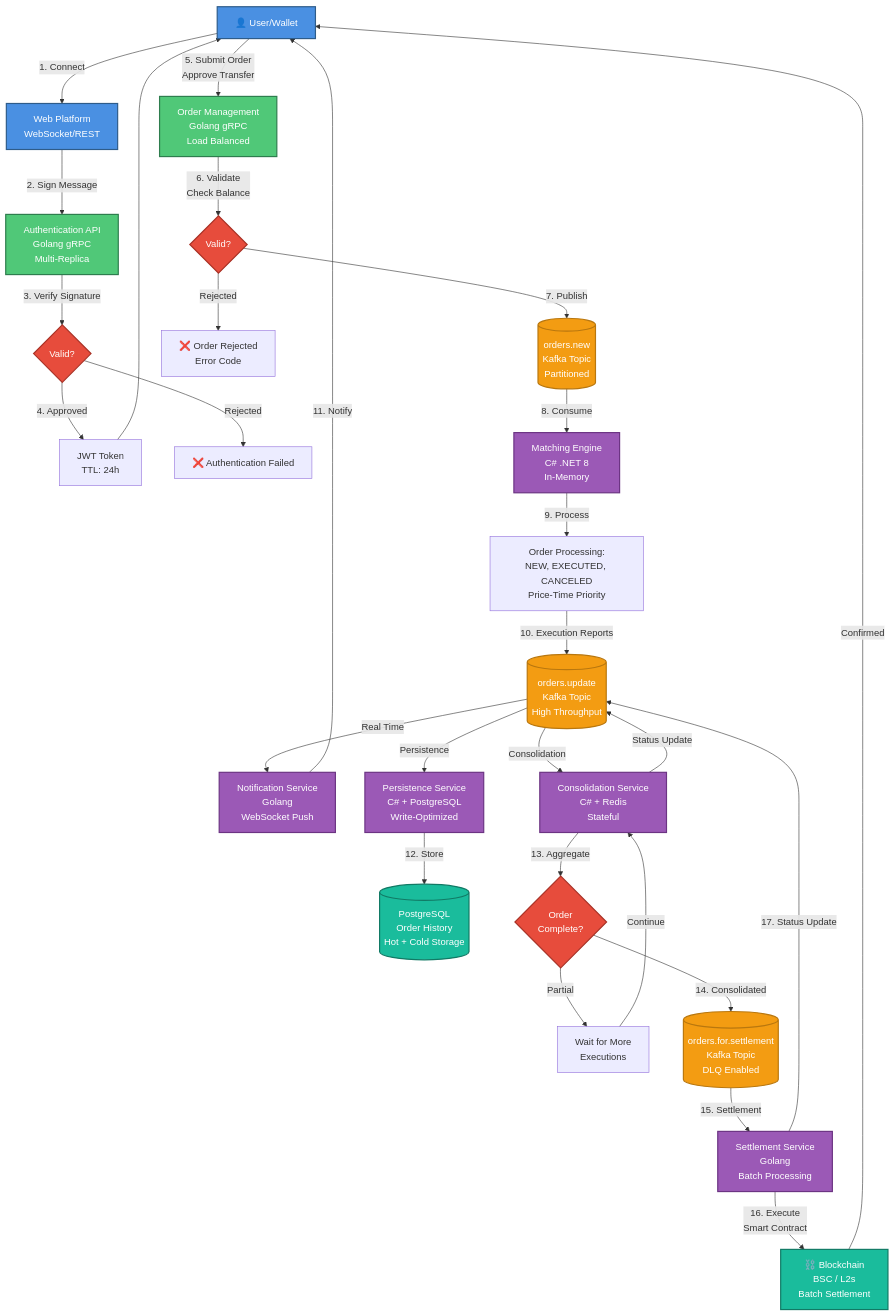
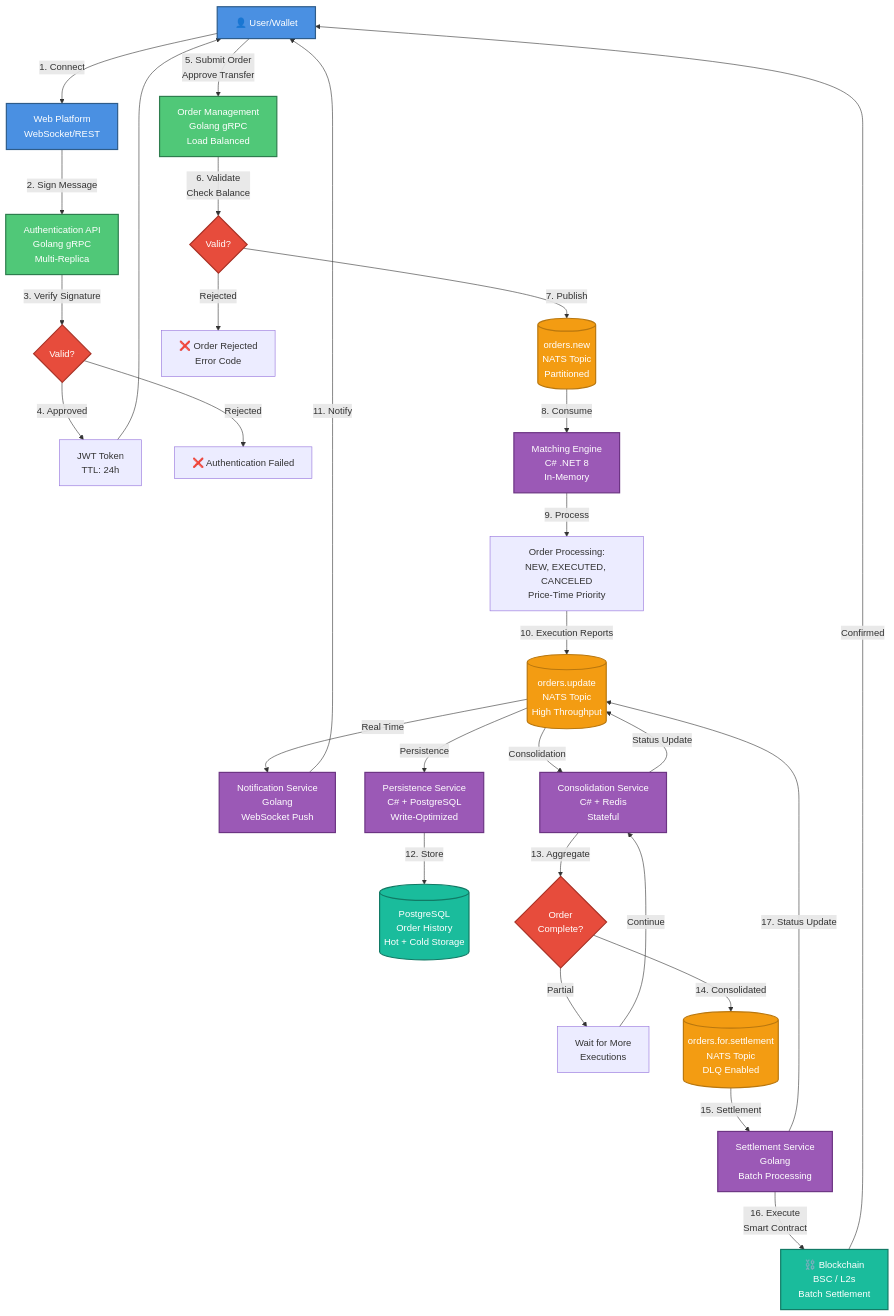
One commit to Hy-mple/hymple.docs changed the diagram in architecture/order-flow-architecture.md. Above: the diagram before and after it, drawn with Mermaid. The commit also changed other lines of this file and 7 other files, not shown here.

````diff
--- a/architecture/order-flow-architecture.md
+++ b/architecture/order-flow-architecture.md
@@ -16,65 +16,65 @@
 ```mermaid
 flowchart TD
     %% User Layer
     User[👤 User/Wallet] -->|1. Connect| Platform[Web Platform<br/>WebSocket/REST]
     Platform -->|2. Sign Message| Auth[Authentication API<br/>Golang gRPC<br/>Multi-Replica]
     
     %% Authentication Flow
     Auth -->|3. Verify Signature| AuthDecision{Valid?}
     AuthDecision -->|4. Approved| Token[JWT Token<br/>TTL: 24h]
     AuthDecision -->|Rejected| AuthFail[❌ Authentication Failed]
     
     Token --> User
     
     %% Order Submission Flow
     User -->|5. Submit Order<br/>Approve Transfer| OrderAPI[Order Management<br/>Golang gRPC<br/>Load Balanced]
     
     OrderAPI -->|6. Validate<br/>Check Balance| OrderValidation{Valid?}
-    OrderValidation -->|7. Publish| OrdersTopic[(orders.new<br/>Kafka Topic<br/>Partitioned)]
+    OrderValidation -->|7. Publish| OrdersTopic[(orders.new<br/>NATS Topic<br/>Partitioned)]
     OrderValidation -->|Rejected| OrderFail[❌ Order Rejected<br/>Error Code]
     
     %% Order Book Processing
     OrdersTopic -->|8. Consume| OrderBook[Matching Engine<br/>C# .NET 8<br/>In-Memory]
     
     OrderBook -->|9. Process| OrderBookProcessing[Order Processing:<br/>NEW, EXECUTED, CANCELED<br/>Price-Time Priority]
     
-    OrderBookProcessing -->|10. Execution Reports| UpdateTopic[(orders.update<br/>Kafka Topic<br/>High Throughput)]
+    OrderBookProcessing -->|10. Execution Reports| UpdateTopic[(orders.update<br/>NATS Topic<br/>High Throughput)]
     
     %% Parallel Consumer Services
     UpdateTopic -->|Real Time| Notification[Notification Service<br/>Golang<br/>WebSocket Push]
     UpdateTopic -->|Persistence| Persistence[Persistence Service<br/>C# + PostgreSQL<br/>Write-Optimized]
     UpdateTopic -->|Consolidation| Consolidator[Consolidation Service<br/>C# + Redis<br/>Stateful]
     
     Notification -->|11. Notify| User
     Persistence -->|12. Store| Database[(PostgreSQL<br/>Order History<br/>Hot + Cold Storage)]
     
     %% Consolidation and Settlement Flow
     Consolidator -->|13. Aggregate| ConsolidationLogic{Order<br/>Complete?}
     ConsolidationLogic -->|Partial| WaitMore[Wait for More<br/>Executions]
     WaitMore -->|Continue| Consolidator
     
-    ConsolidationLogic -->|14. Consolidated| SettlementTopic[(orders.for.settlement<br/>Kafka Topic<br/>DLQ Enabled)]
+    ConsolidationLogic -->|14. Consolidated| SettlementTopic[(orders.for.settlement<br/>NATS Topic<br/>DLQ Enabled)]
     Consolidator -->|Status Update| UpdateTopic
     
     SettlementTopic -->|15. Settlement| Settlement[Settlement Service<br/>Golang<br/>Batch Processing]
     
     Settlement -->|16. Execute<br/>Smart Contract| Blockchain[⛓️ Blockchain<br/>BSC / L2s<br/>Batch Settlement]
     Settlement -->|17. Status Update| UpdateTopic
     
     Blockchain -->|Confirmed| User
     
     %% Styling
     classDef userStyle fill:#4A90E2,stroke:#2E5C8A,stroke-width:2px,color:#fff
     classDef apiStyle fill:#50C878,stroke:#2E7D4E,stroke-width:2px,color:#fff
     classDef serviceStyle fill:#9B59B6,stroke:#6C3483,stroke-width:2px,color:#fff
     classDef topicStyle fill:#F39C12,stroke:#B9770E,stroke-width:2px,color:#fff
     classDef decisionStyle fill:#E74C3C,stroke:#A93226,stroke-width:2px,color:#fff
     classDef blockchainStyle fill:#1ABC9C,stroke:#117A65,stroke-width:2px,color:#fff
     
     class User,Platform userStyle
     class Auth,OrderAPI apiStyle
     class OrderBook,Notification,Persistence,Consolidator,Settlement serviceStyle
     class OrdersTopic,UpdateTopic,SettlementTopic topicStyle
     class AuthDecision,OrderValidation,ConsolidationLogic decisionStyle
     class Database,Blockchain blockchainStyle
 ```
````
